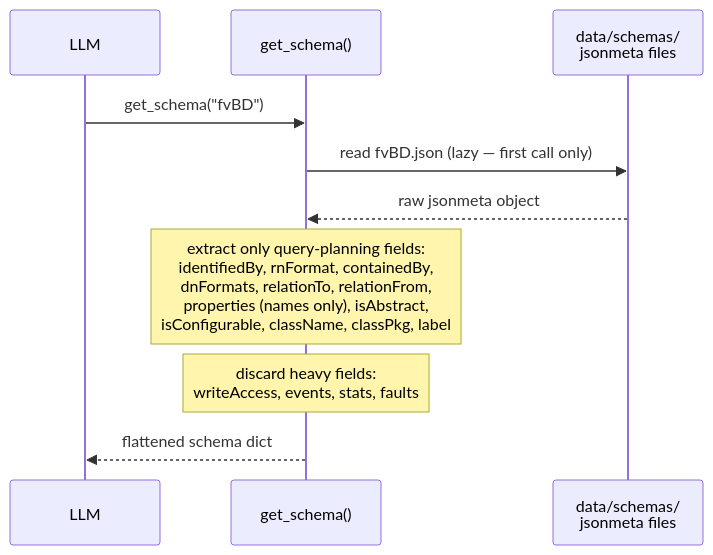
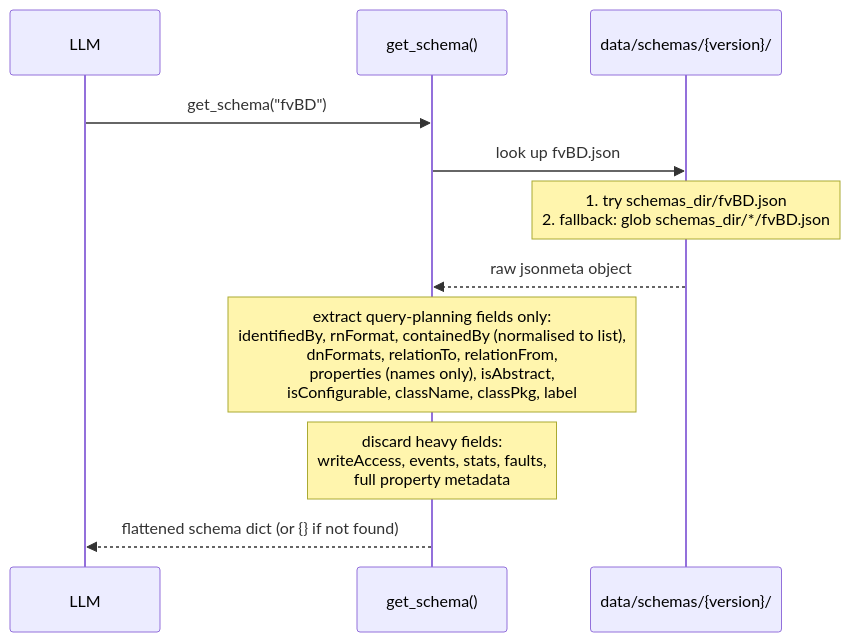
One commit to k3l0-dev/aci-mcp changed the third of 6 diagrams in docs/architecture/data-flow.md. Above: the diagram before and after it, drawn with Mermaid. The commit also changed other lines of this file and 16 other files, not shown here.

````diff
--- a/docs/architecture/data-flow.md
+++ b/docs/architecture/data-flow.md
@@ -53,16 +53,17 @@
 ```mermaid
 sequenceDiagram
     participant LLM
     participant tool as get_schema()
-    participant fs as data/schemas/<br/>jsonmeta files
+    participant fs as data/schemas/{version}/
 
     LLM->>tool: get_schema("fvBD")
-    tool->>fs: read fvBD.json (lazy — first call only)
+    tool->>fs: look up fvBD.json
+    Note over fs: 1. try schemas_dir/fvBD.json<br/>2. fallback: glob schemas_dir/*/fvBD.json
     fs-->>tool: raw jsonmeta object
 
-    Note over tool: extract only query-planning fields:<br/>identifiedBy, rnFormat, containedBy,<br/>dnFormats, relationTo, relationFrom,<br/>properties (names only), isAbstract,<br/>isConfigurable, className, classPkg, label
+    Note over tool: extract query-planning fields only:<br/>identifiedBy, rnFormat, containedBy (normalised to list),<br/>dnFormats, relationTo, relationFrom,<br/>properties (names only), isAbstract,<br/>isConfigurable, className, classPkg, label
 
-    Note over tool: discard heavy fields:<br/>writeAccess, events, stats, faults
+    Note over tool: discard heavy fields:<br/>writeAccess, events, stats, faults,<br/>full property metadata
 
-    tool-->>LLM: flattened schema dict
+    tool-->>LLM: flattened schema dict (or {} if not found)
 ```
````
